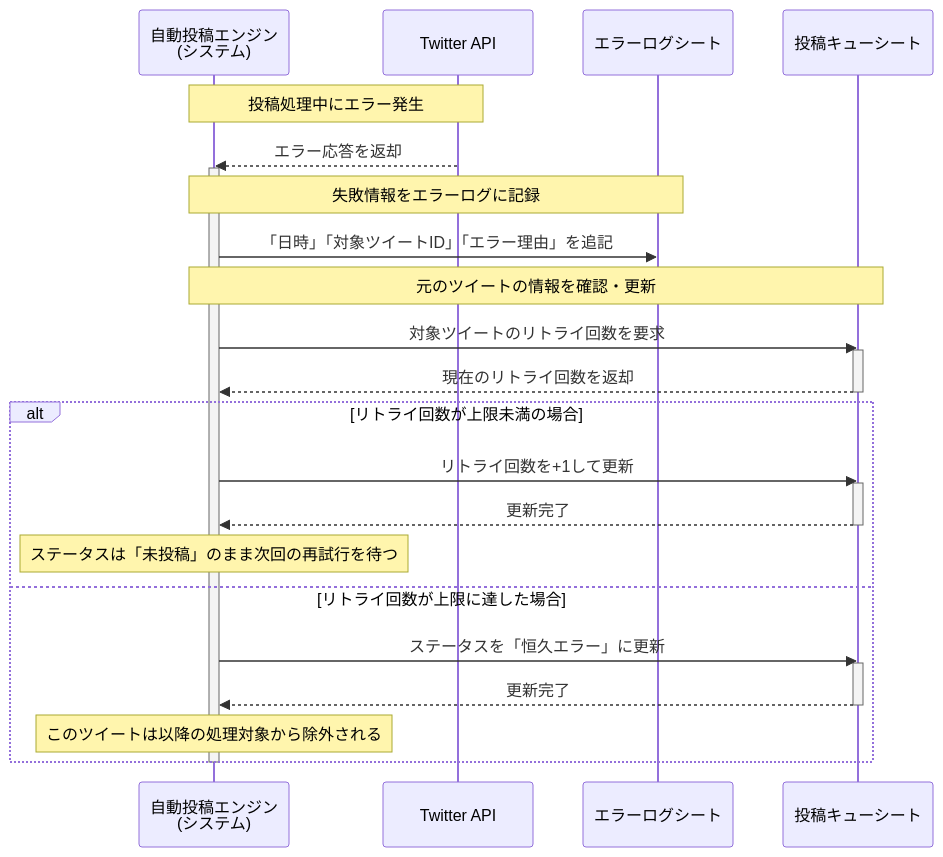
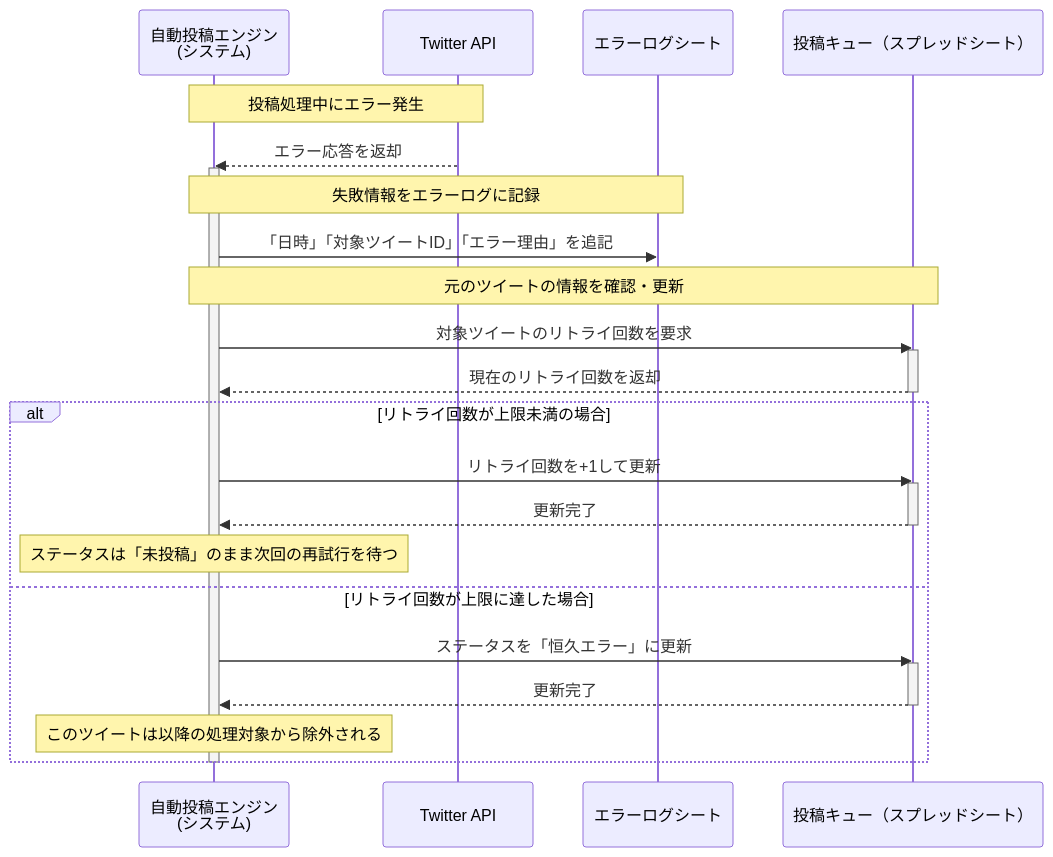
One commit to masa-codehub/hatolink changed the diagram in docs/US-003/sequence.md. Above: the diagram before and after it, drawn with Mermaid. The commit also changed other lines of this file and 5 other files, not shown here.

Commit message:
フローチャートとシーケンス図の表記を「予約」から「登録」に変更し、関連する説明文を更新しました。また、エラーログや投稿キューに関する用語を統一しました。

````diff
--- a/docs/US-003/sequence.md
+++ b/docs/US-003/sequence.md
@@ -3,36 +3,36 @@
 ```mermaid
 sequenceDiagram
     participant Engine as 自動投稿エンジン<br>(システム)
     participant Twitter as Twitter API
     participant LogSheet as エラーログシート
-    participant QueueSheet as 投稿キューシート
+    participant QueueSheet as 投稿キュー（スプレッドシート）
 
     Note over Engine, Twitter: 投稿処理中にエラー発生
     Twitter-->>Engine: エラー応答を返却
     
     activate Engine
     Note over Engine, LogSheet: 失敗情報をエラーログに記録
     Engine->>LogSheet: 「日時」「対象ツイートID」「エラー理由」を追記
     
     Note over Engine, QueueSheet: 元のツイートの情報を確認・更新
     Engine->>QueueSheet: 対象ツイートのリトライ回数を要求
     activate QueueSheet
     QueueSheet-->>Engine: 現在のリトライ回数を返却
     deactivate QueueSheet
 
     alt リトライ回数が上限未満の場合
         Engine->>QueueSheet: リトライ回数を+1して更新
         activate QueueSheet
         QueueSheet-->>Engine: 更新完了
         deactivate QueueSheet
         Note over Engine: ステータスは「未投稿」のまま次回の再試行を待つ
     else リトライ回数が上限に達した場合
         Engine->>QueueSheet: ステータスを「恒久エラー」に更新
         activate QueueSheet
         QueueSheet-->>Engine: 更新完了
         deactivate QueueSheet
         Note over Engine: このツイートは以降の処理対象から除外される
     end
 
     deactivate Engine
 ```
````
